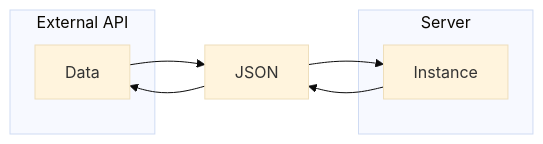
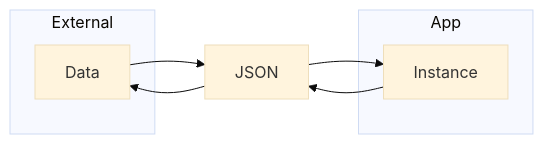
Before and after one commit to choiexe1/local: the diagram in Programming/Dart/직렬화 (Serialization).md, drawn with Mermaid (base theme). The commit also changed other lines of this file and 3 other files, not shown here.

````diff
--- a/Programming/Dart/직렬화 (Serialization).md
+++ b/Programming/Dart/직렬화 (Serialization).md
@@ -6,17 +6,17 @@
 ```mermaid
 graph LR
 
-subgraph "External API"
+subgraph "External"
 	Data
 end
 
-subgraph Server
+subgraph App
 	Instance
 end
 
 JSON
 
 Data --> JSON -->  Instance
 
 Instance --> JSON --> Data 
 ```
````
